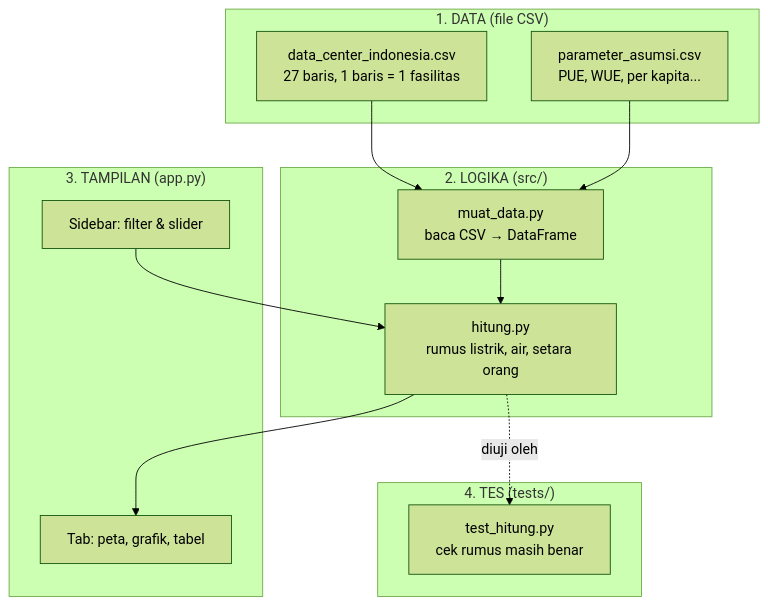
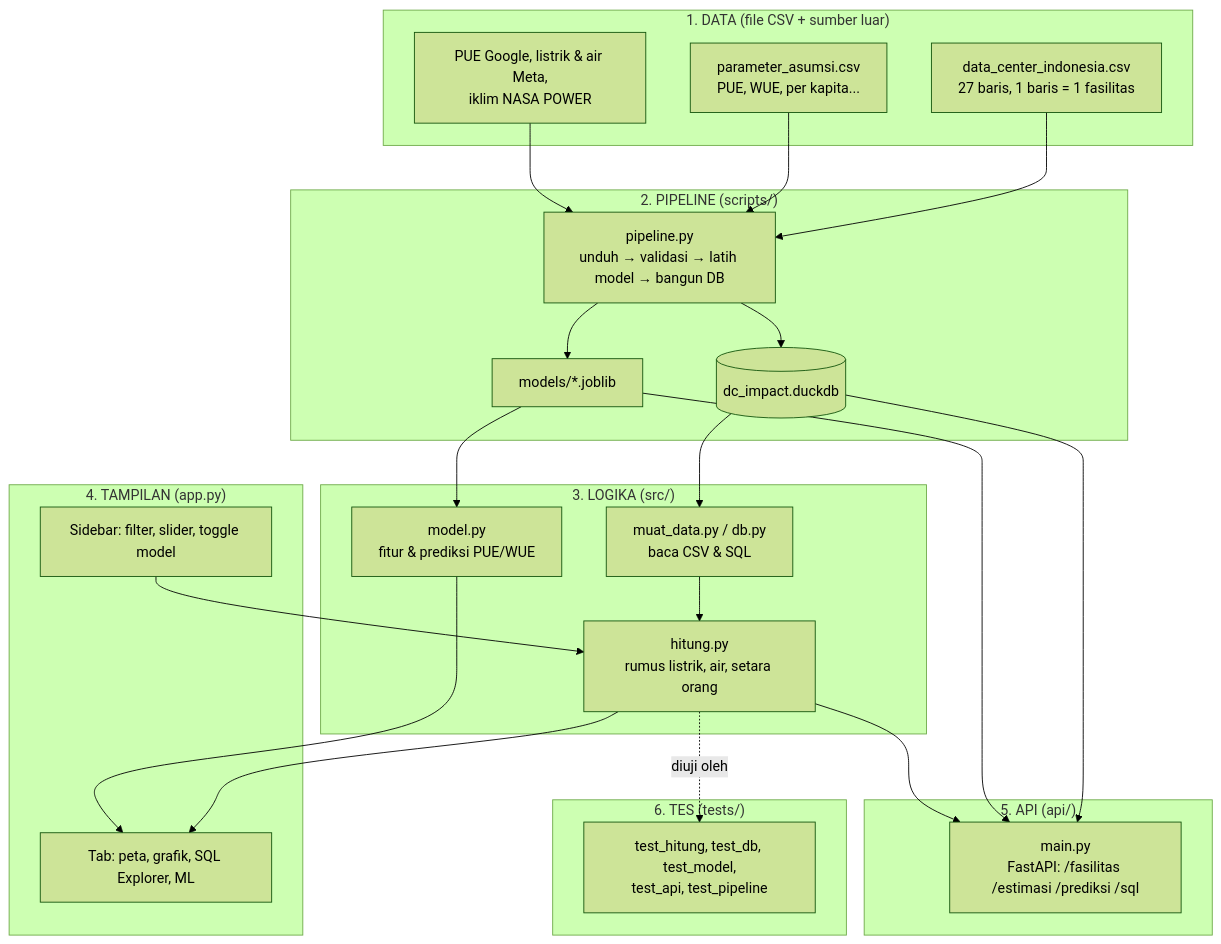
The first of 3 diagrams in docs/BELAJAR.md (Avalon2222/dc-impact-dashboard), drawn with Mermaid (forest theme) before and after one commit. The commit also changed other lines of this file and 12 other files, not shown here.

````diff
--- a/docs/BELAJAR.md
+++ b/docs/BELAJAR.md
@@ -13,22 +13,35 @@
 ```mermaid
 flowchart TB
-    subgraph DATA["1. DATA (file CSV)"]
+    subgraph DATA["1. DATA (file CSV + sumber luar)"]
         A[data_center_indonesia.csv<br/>27 baris, 1 baris = 1 fasilitas]
         B[parameter_asumsi.csv<br/>PUE, WUE, per kapita...]
+        H[PUE Google, listrik & air Meta,<br/>iklim NASA POWER]
     end
-    subgraph LOGIKA["2. LOGIKA (src/)"]
-        C[muat_data.py<br/>baca CSV → DataFrame]
+    subgraph PIPELINE["2. PIPELINE (scripts/)"]
+        P[pipeline.py<br/>unduh → validasi → latih model → bangun DB]
+        DB[(dc_impact.duckdb)]
+        M[models/*.joblib]
+    end
+    subgraph LOGIKA["3. LOGIKA (src/)"]
+        C[muat_data.py / db.py<br/>baca CSV & SQL]
         D[hitung.py<br/>rumus listrik, air, setara orang]
+        MD[model.py<br/>fitur & prediksi PUE/WUE]
     end
-    subgraph TAMPILAN["3. TAMPILAN (app.py)"]
-        E[Sidebar: filter & slider]
-        F[Tab: peta, grafik, tabel]
+    subgraph TAMPILAN["4. TAMPILAN (app.py)"]
+        E[Sidebar: filter, slider, toggle model]
+        F[Tab: peta, grafik, SQL Explorer, ML]
     end
-    subgraph TES["4. TES (tests/)"]
-        G[test_hitung.py<br/>cek rumus masih benar]
+    subgraph API["5. API (api/)"]
+        X[main.py<br/>FastAPI: /fasilitas /estimasi /prediksi /sql]
     end
-    A --> C --> D --> F
-    B --> C
+    subgraph TES["6. TES (tests/)"]
+        G[test_hitung, test_db, test_model,<br/>test_api, test_pipeline]
+    end
+    A --> P; B --> P; H --> P
+    P --> DB; P --> M
+    DB --> C --> D --> F
+    M --> MD --> F
     E --> D
+    DB --> X; M --> X; D --> X
     D -.diuji oleh.-> G
 ```
````
